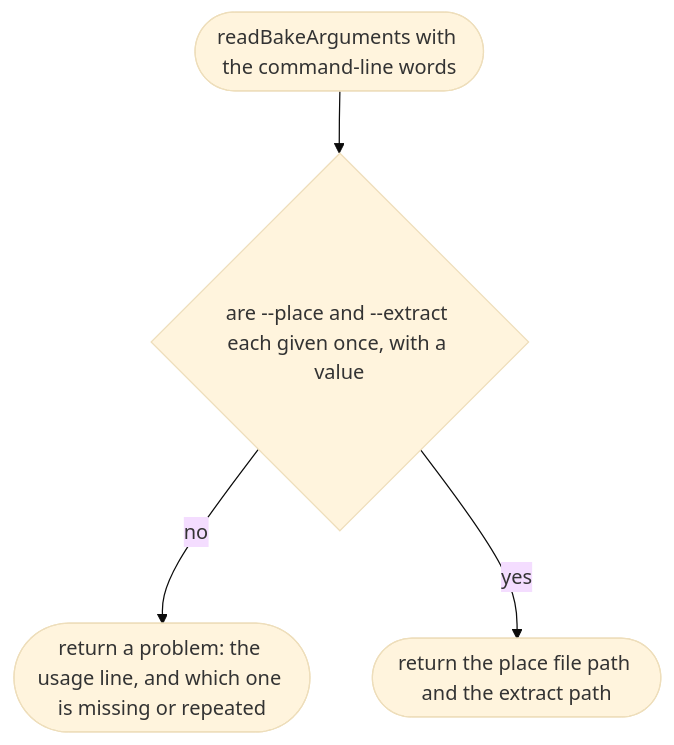
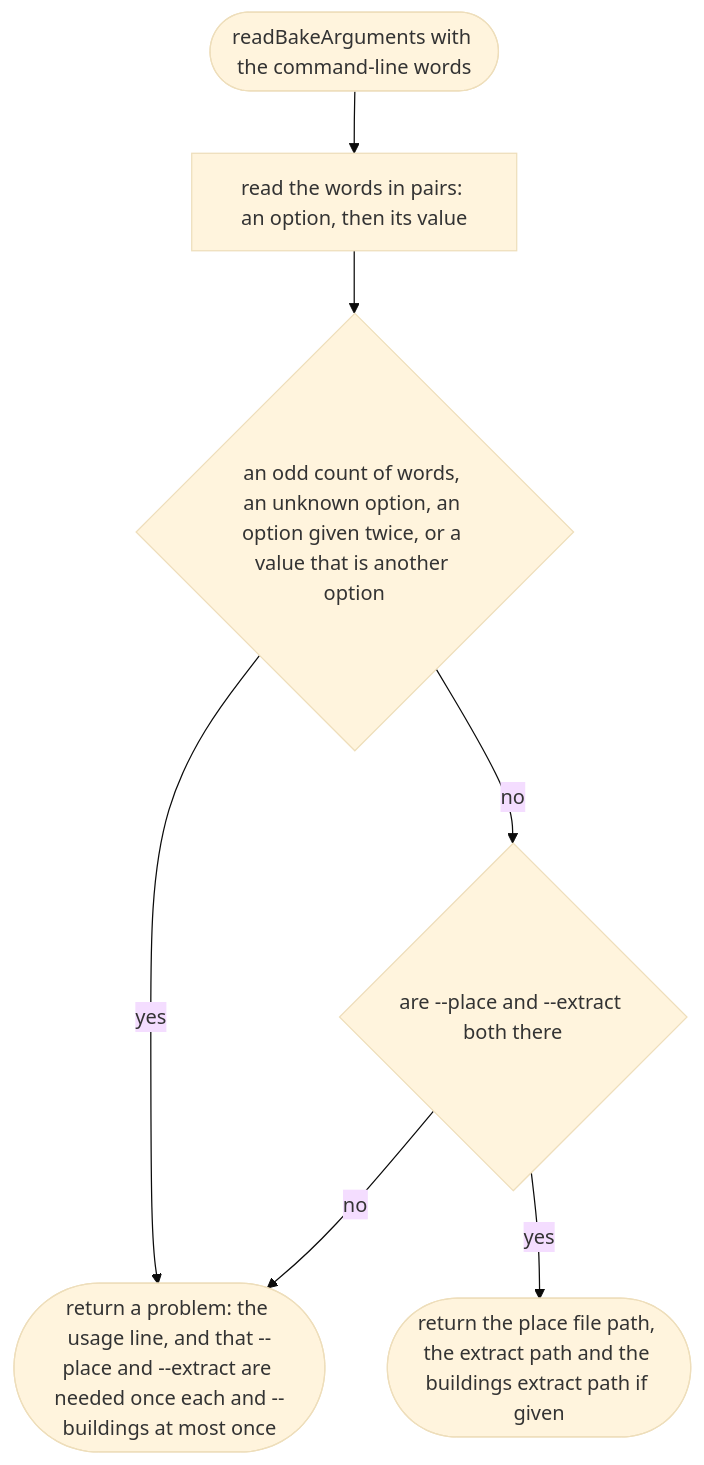
The first of 3 diagrams in docs/designs/tools/bake/cli.md (NewDara-Star/world-engine), drawn with Mermaid (base theme) before and after one commit. The commit also changed other lines of this file and 306 other files, not shown here.

````diff
--- a/docs/designs/tools/bake/cli.md
+++ b/docs/designs/tools/bake/cli.md
@@ -25,10 +30,14 @@
 ```mermaid
 flowchart TD
   s(["readBakeArguments with the command-line words"])
-  a{"are --place and --extract each given once, with a value"}
-  b(["return a problem: the usage line, and which one is missing or repeated"])
-  c(["return the place file path and the extract path"])
-  s --> a
-  a -->|"no"| b
-  a -->|"yes"| c
+  a["read the words in pairs: an option, then its value"]
+  q{"an odd count of words, an unknown option, an option given twice, or a value that is another option"}
+  r{"are --place and --extract both there"}
+  b(["return a problem: the usage line, and that --place and --extract are needed once each and --buildings at most once"])
+  c(["return the place file path, the extract path and the buildings extract path if given"])
+  s --> a --> q
+  q -->|"yes"| b
+  q -->|"no"| r
+  r -->|"no"| b
+  r -->|"yes"| c
 ```
````
